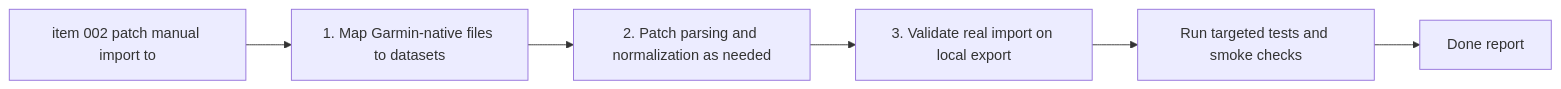
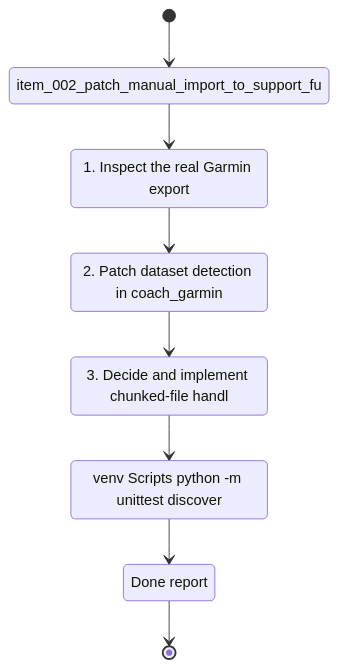
Before and after one commit to Jilanos/Coach_garmin: the diagram in logics/tasks/task_002_patch_manual_import_to_support_full_garmin_connect_export_shapes.md, drawn with Mermaid. The commit also changed other lines of this file and 86 other files, not shown here.

Commit message:
Harden chart UX and UTF-8 handling

````diff
--- a/logics/tasks/task_002_patch_manual_import_to_support_full_garmin_connect_export_shapes.md
+++ b/logics/tasks/task_002_patch_manual_import_to_support_full_garmin_connect_export_shapes.md
@@ -24,10 +25,18 @@
 ```mermaid
 %% logics-kind: task
-%% logics-signature: task|patch-manual-import-to-support-full-garm|item-002-patch-manual-import-to|1-confirm-scope-dependencies-and-linked|run-the-relevant-automated-tests-for
-flowchart LR
-    Backlog[item 002 patch manual import to] --> Step1[1. Map Garmin-native files to datasets]
-    Step1 --> Step2[2. Patch parsing and normalization as needed]
-    Step2 --> Step3[3. Validate real import on local export]
-    Step3 --> Validation[Run targeted tests and smoke checks]
-    Validation --> Report[Done report]
+%% logics-signature: task|patch-manual-import-to-support-full-garm|item-002-patch-manual-import-to-support-|1-inspect-the-real-garmin-export|venv-scripts-python-m-unittest-discover
+stateDiagram-v2
+    state "item_002_patch_manual_import_to_support_fu" as Backlog
+    state "1. Inspect the real Garmin export" as Scope
+    state "2. Patch dataset detection in coach_garmin" as Build
+    state "3. Decide and implement chunked-file handl" as Verify
+    state "venv Scripts python -m unittest discover" as Validation
+    state "Done report" as Report
+    [*] --> Backlog
+    Backlog --> Scope
+    Scope --> Build
+    Build --> Verify
+    Verify --> Validation
+    Validation --> Report
+    Report --> [*]
 ```
````
